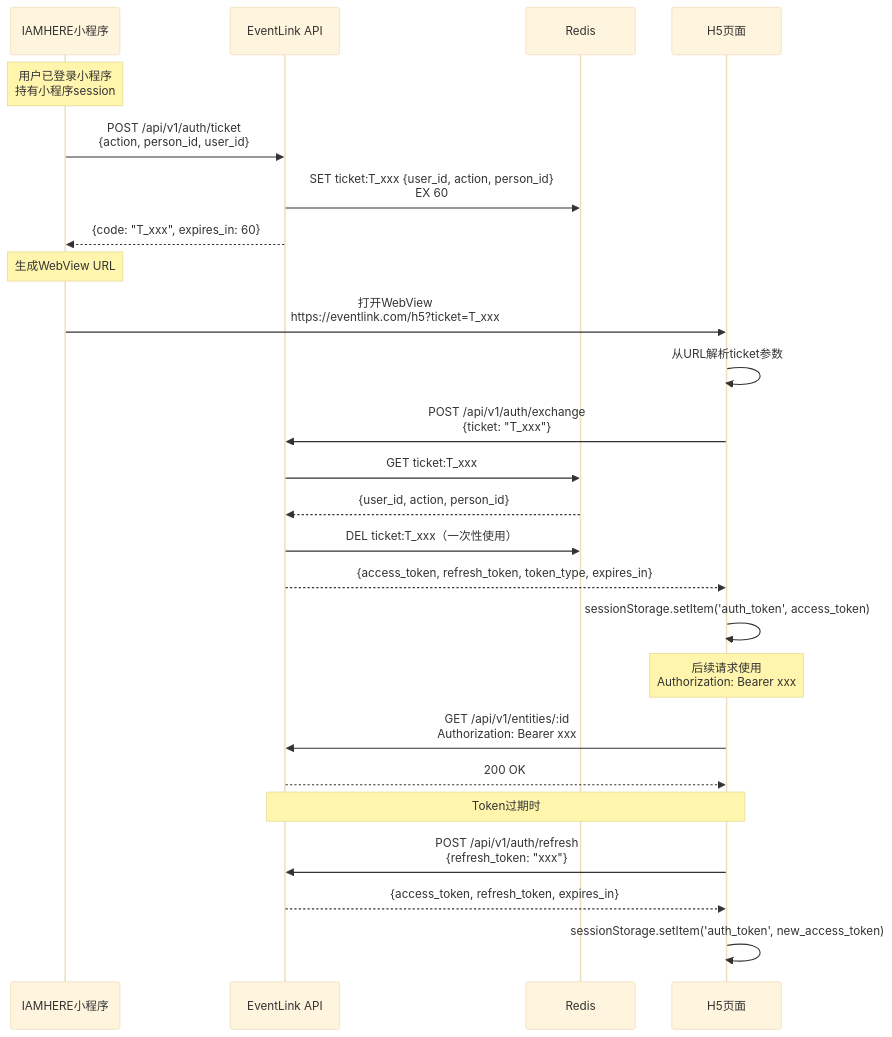
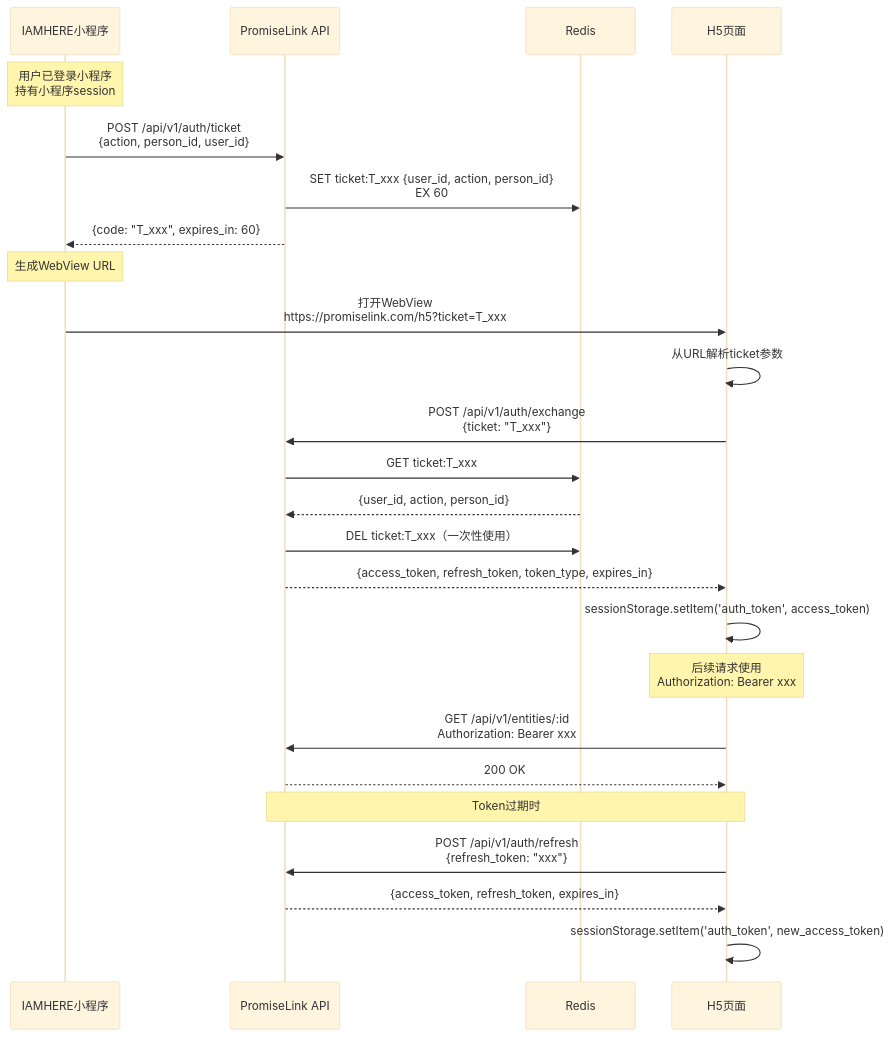
Before and after one commit to lulin70/PromiseLink: the second of 7 diagrams in docs/design/Integration_Design_v1.md, drawn with Mermaid (base theme). The commit also changed other lines of this file and 427 other files, not shown here.

First line of the commit message:
refactor: rename EventLink → PromiseLink

````diff
--- a/docs/design/Integration_Design_v1.md
+++ b/docs/design/Integration_Design_v1.md
@@ -136,37 +136,37 @@
 ```mermaid
 sequenceDiagram
     participant MP as IAMHERE小程序
-    participant API as EventLink API
+    participant API as PromiseLink API
     participant Redis as Redis
     participant H5 as H5页面
 
     Note over MP: 用户已登录小程序<br/>持有小程序session
 
     MP->>API: POST /api/v1/auth/ticket<br/>{action, person_id, user_id}
     API->>Redis: SET ticket:T_xxx {user_id, action, person_id}<br/>EX 60
     API-->>MP: {code: "T_xxx", expires_in: 60}
 
     Note over MP: 生成WebView URL
 
-    MP->>H5: 打开WebView<br/>https://eventlink.com/h5?ticket=T_xxx
+    MP->>H5: 打开WebView<br/>https://promiselink.com/h5?ticket=T_xxx
     H5->>H5: 从URL解析ticket参数
 
     H5->>API: POST /api/v1/auth/exchange<br/>{ticket: "T_xxx"}
     API->>Redis: GET ticket:T_xxx
     Redis-->>API: {user_id, action, person_id}
     API->>Redis: DEL ticket:T_xxx（一次性使用）
     API-->>H5: {access_token, refresh_token, token_type, expires_in}
 
     H5->>H5: sessionStorage.setItem('auth_token', access_token)
 
     Note over H5: 后续请求使用<br/>Authorization: Bearer xxx
 
     H5->>API: GET /api/v1/entities/:id<br/>Authorization: Bearer xxx
     API-->>H5: 200 OK
 
     Note over H5,API: Token过期时
 
     H5->>API: POST /api/v1/auth/refresh<br/>{refresh_token: "xxx"}
     API-->>H5: {access_token, refresh_token, expires_in}
     H5->>H5: sessionStorage.setItem('auth_token', new_access_token)
 ```
````
